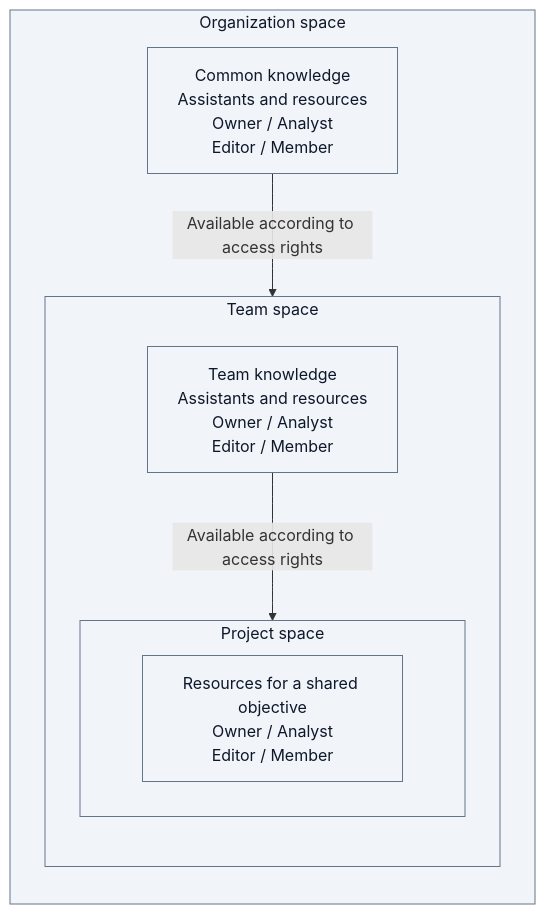
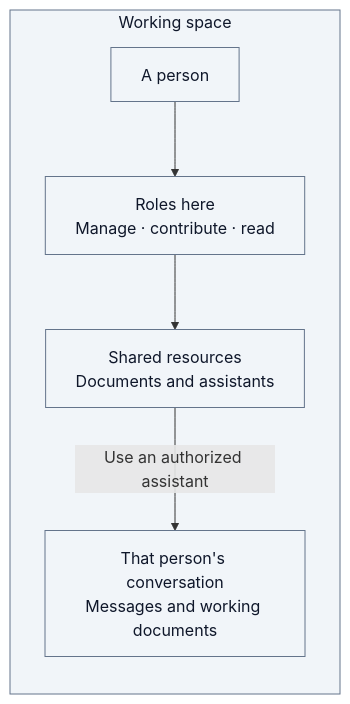
Before and after one commit to ThalesGroup/fred: the diagram in docs/architecture/00-introduction.md, drawn with Mermaid. The commit also changed other lines of this file and 5 other files, not shown here.

````diff
--- a/docs/architecture/00-introduction.md
+++ b/docs/architecture/00-introduction.md
@@ -53,22 +9,15 @@
 ```mermaid
 flowchart TB
-    subgraph organization["Organization space"]
+    subgraph space["Working space"]
         direction TB
-        common["Common knowledge<br/>Assistants and resources<br/>Owner / Analyst<br/>Editor / Member"]
-
-        subgraph team["Team space"]
-            direction TB
-            shared["Team knowledge<br/>Assistants and resources<br/>Owner / Analyst<br/>Editor / Member"]
-
-            subgraph project["Project space"]
-                focused["Resources for a shared objective<br/>Owner / Analyst<br/>Editor / Member"]
-            end
-        end
-
-        common -->|"Available according to access rights"| team
-        shared -->|"Available according to access rights"| project
+        person["A person"]
+        roles["Roles here<br/>Manage · contribute · read"]
+        shared["Shared resources<br/>Documents and assistants"]
+        conversation["That person's conversation<br/>Messages and working documents"]
+        person --> roles --> shared
+        shared -->|"Use an authorized assistant"| conversation
     end
 
     classDef neutral fill:#F1F5F9,stroke:#64748B,color:#0F172A
-    class common,shared,focused,organization,team,project neutral
+    class person,roles,shared,conversation,space neutral
 ```
````
